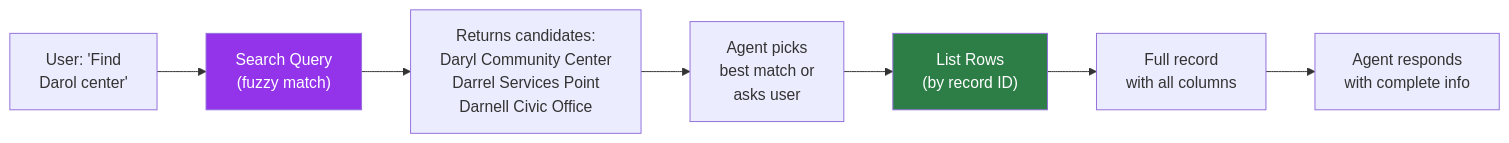
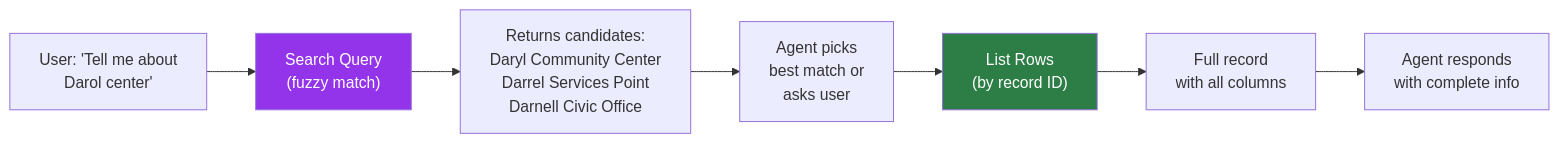
One commit to microsoft/mcscatblog changed the fourth of 5 diagrams in _posts/2026-04-10-dataverse-retrieval-patterns-copilot-studio.md. Above: the diagram before and after it, drawn with Mermaid. The commit also changed other lines of this file and 14 other files, not shown here.

First line of the commit message:
Dataverse retrieval patterns: editorial review, schema alignment, interactive widget

````diff
--- a/_posts/2026-04-10-dataverse-retrieval-patterns-copilot-studio.md
+++ b/_posts/2026-04-10-dataverse-retrieval-patterns-copilot-studio.md
@@ -400,12 +419,12 @@
 ```mermaid
 flowchart LR
-    A["User: 'Find<br>Darol center'"] --> B["Search Query<br>(fuzzy match)"]
+    A["User: 'Tell me about<br>Darol center'"] --> B["Search Query<br>(fuzzy match)"]
     B --> C["Returns candidates:<br>Daryl Community Center<br>Darrel Services Point<br>Darnell Civic Office"]
     C --> D["Agent picks<br>best match or<br>asks user"]
     D --> E["List Rows<br>(by record ID)"]
     E --> F["Full record<br>with all columns"]
     F --> G["Agent responds<br>with complete info"]
     
     style B fill:#9333ea,color:#fff
     style E fill:#2d7d46,color:#fff
 ```
````
